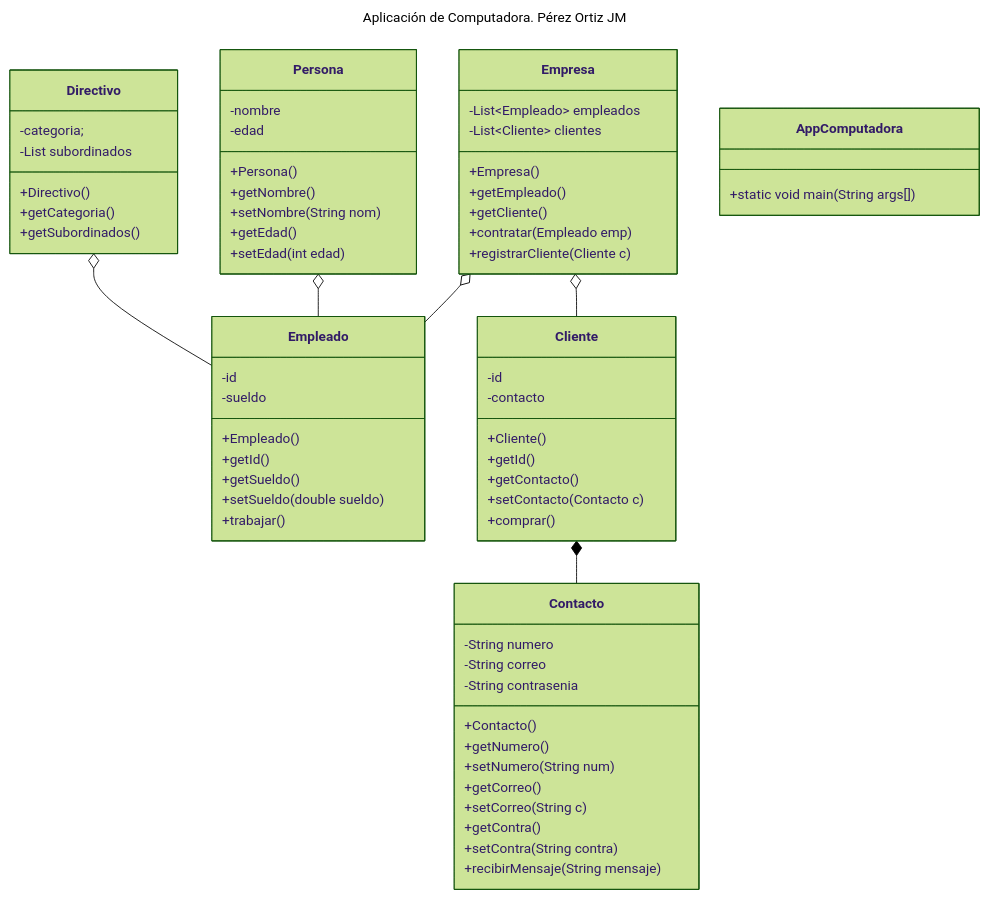
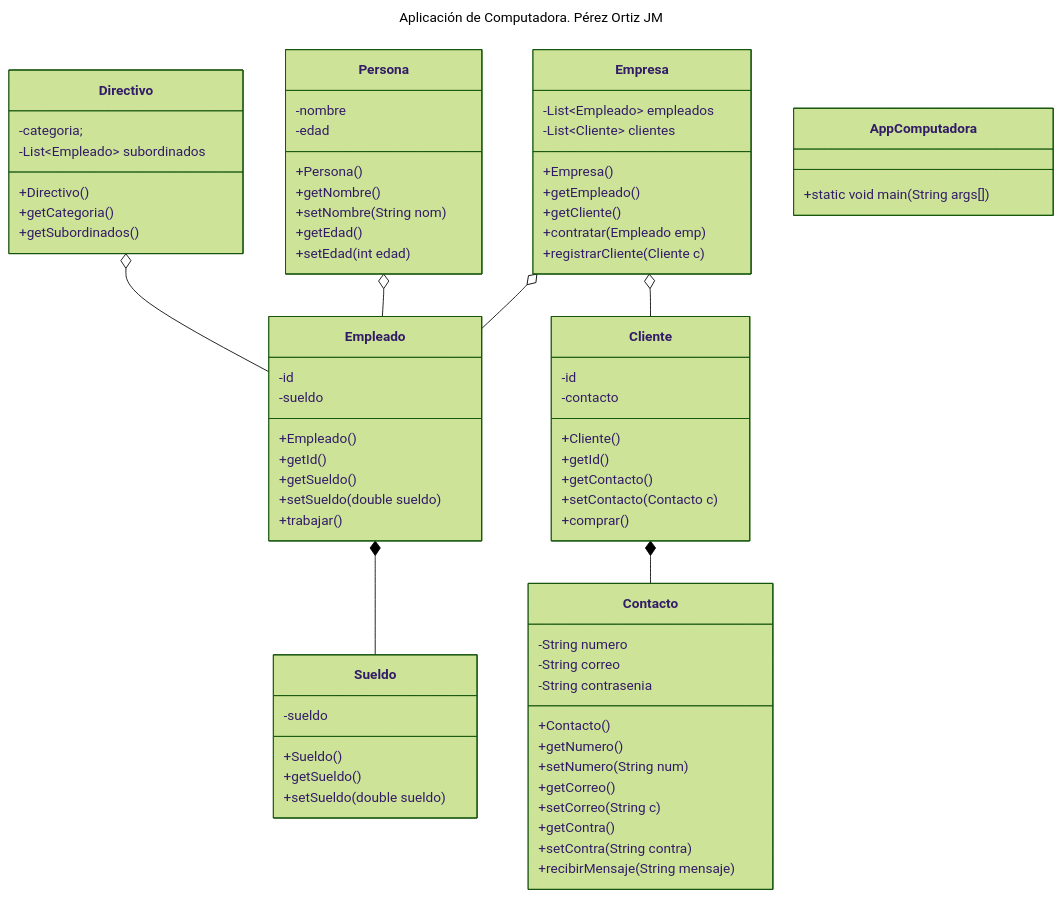
The diagram in README.md (mauryci2/Jaime-Felix-POO-Base), drawn with Mermaid (forest theme) before and after one commit.

Commit message:
agregue en empleado el atributo double sueldo por la clase Sueldo como composicion
Added Sueldo class and updated relationships in UML.

````diff
--- a/README.md
+++ b/README.md
@@ -7,71 +7,78 @@
 ```mermaid
 ---
 title: Aplicación de Computadora. Pérez Ortiz JM
 ---
 classDiagram
       %% Relaciones de agregación / composición
       Empresa o-- Empleado
       Empresa o-- Cliente
       Cliente *-- Contacto
+      Empleado *-- Sueldo
       Persona o-- Empleado
       Directivo o-- Empleado
       class AppComputadora{
             +static void main(String args[])
       }
       class Empresa{
             -List~Empleado~ empleados
             -List~Cliente~ clientes
             +Empresa()
             +getEmpleado()
             +getCliente()
             +contratar(Empleado emp)
             +registrarCliente(Cliente c)
       }
       class Directivo{
             -categoria;
-            -List<Empleado> subordinados
+            -List~Empleado~ subordinados
             +Directivo()
             +getCategoria()
             +getSubordinados()
       }      
       class Persona{
             -nombre
             -edad
             +Persona()
             +getNombre()
             +setNombre(String nom)
             +getEdad()
             +setEdad(int edad)
       }
       class Empleado{
             -id
             -sueldo
              +Empleado()
             +getId()
             +getSueldo()
             +setSueldo(double sueldo)
             +trabajar()
+      }
+      class Sueldo{
+      -sueldo
+      +Sueldo()
+      +getSueldo()
+      +setSueldo(double sueldo)
       }
       class Cliente{
             -id
             -contacto
             +Cliente()
             +getId()
             +getContacto()
             +setContacto(Contacto c)
             +comprar()
       }
       class Contacto{
             -String numero
             -String correo
             -String contrasenia
             +Contacto()
             +getNumero()
             +setNumero(String num)
             +getCorreo()
             +setCorreo(String c)
             +getContra()
             +setContra(String contra)
             +recibirMensaje(String mensaje)
       }
 ```
````
